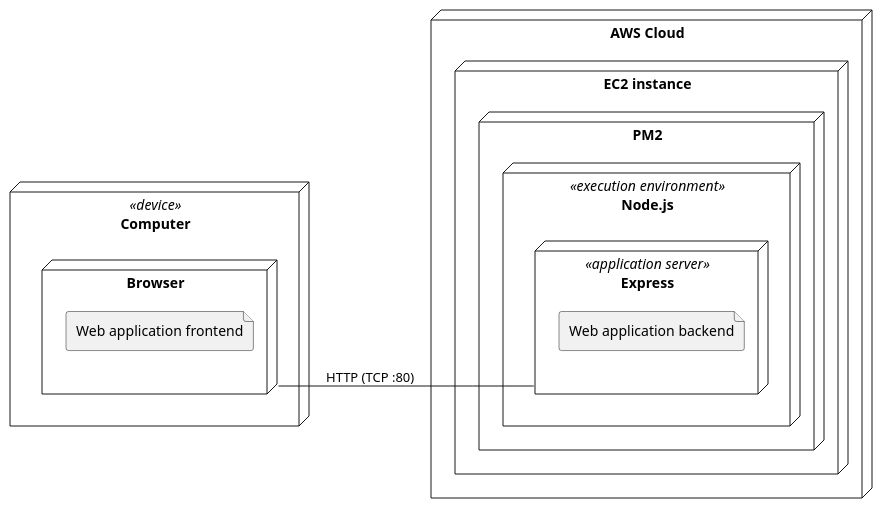
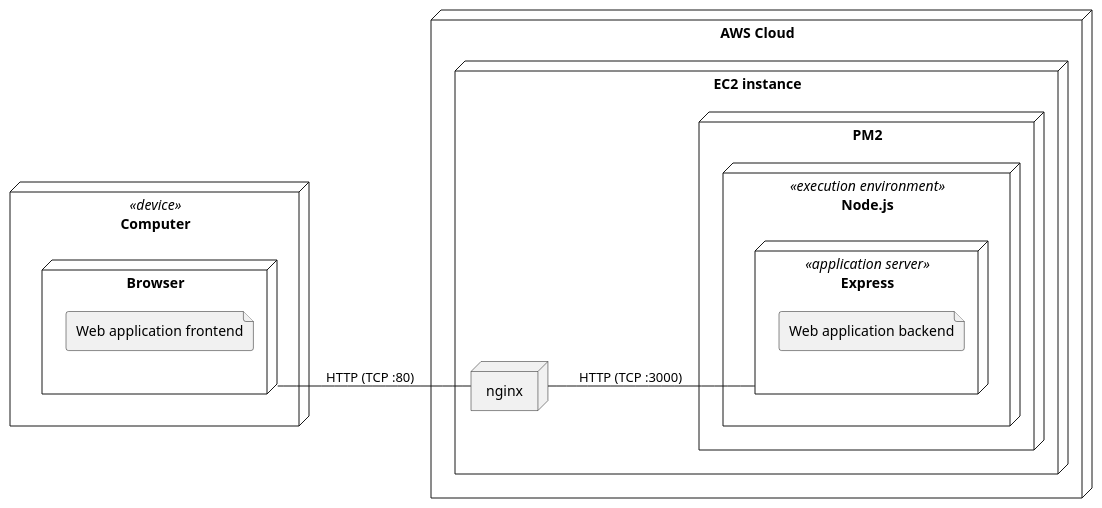
Before and after one commit to IEPSCF-Uccle-PROJWEB2-S1-2021/fablab-components: the second of 2 diagrams in docs/deployment.puml, drawn with PlantUML. The commit also changed 1 other file, not shown here.

Commit message:
Adapt deployment diagram.

```diff
--- a/docs/deployment.puml
+++ b/docs/deployment.puml
@@ -19,21 +19,23 @@
 @startuml production_env
 left to right direction
 
 node Computer <<device>> {
   node Browser {
     file "Web application frontend"
   }
 }
 node "AWS Cloud" {
   node "EC2 instance" {
+    node nginx
     node PM2 {
       node Node.js <<execution environment>> {
         node Express <<application server>> {
           file "Web application backend"
         }
       }
     }
   }
 }
-Browser -- Express : HTTP (TCP :80)
+Browser -- nginx : HTTP (TCP :80)
+nginx -- Express : HTTP (TCP :3000)
 @enduml
```
